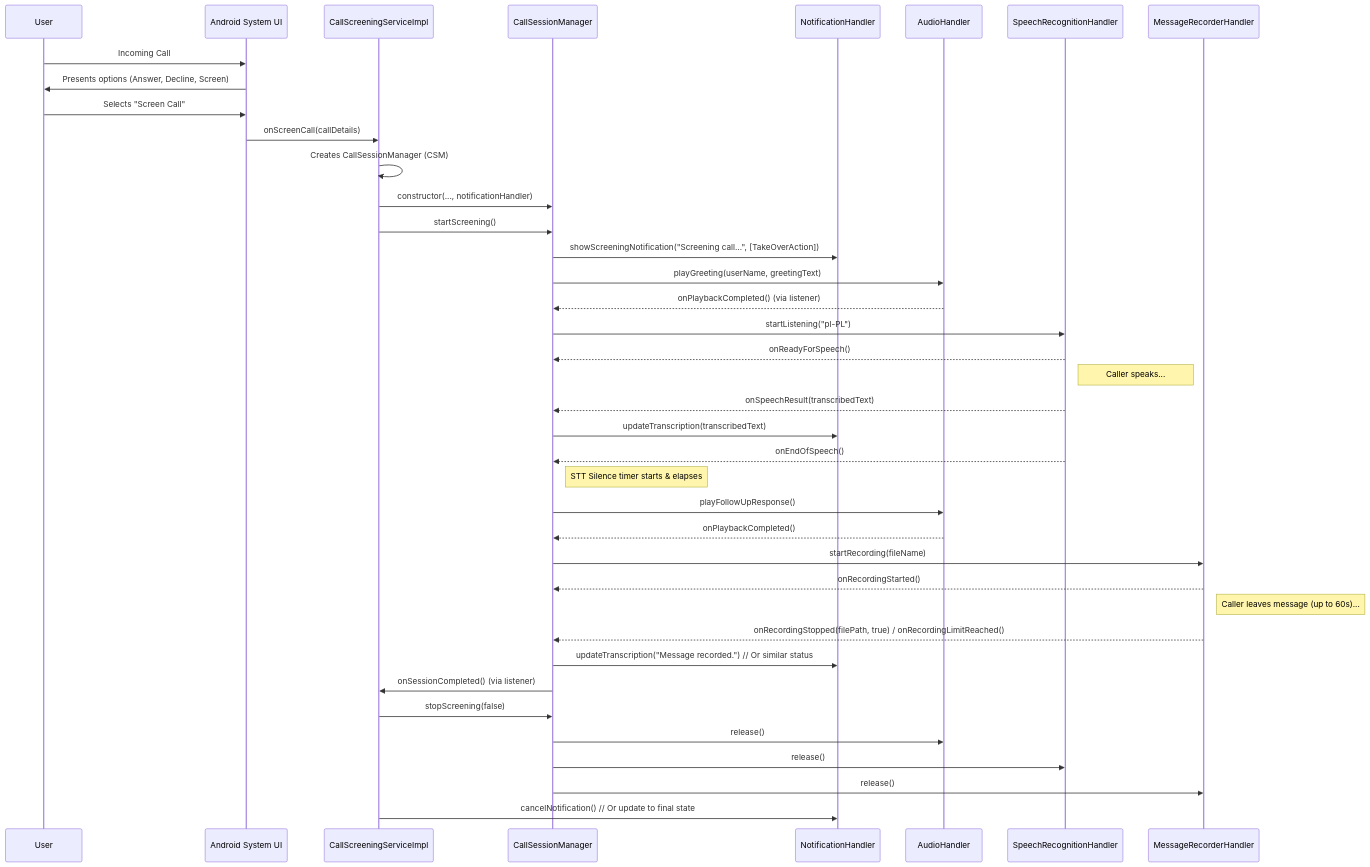
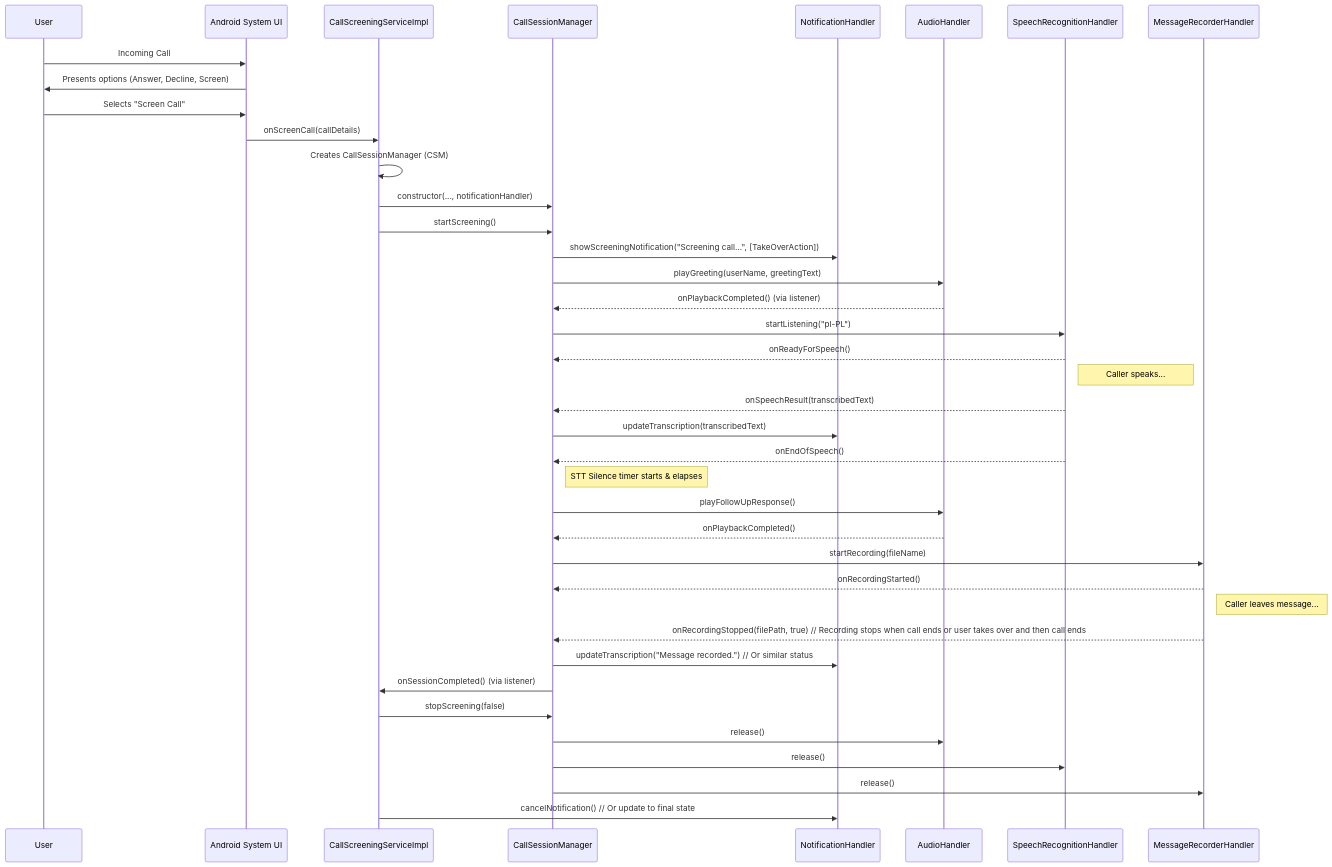
Before and after one commit to daromaj/vac: the first of 2 diagrams in design.md, drawn with Mermaid. The commit also changed other lines of this file and 2 other files, not shown here.

Commit message:
Update design.md to reflect changes in message recording duration and error handling. Adjust SetupActivity for Polish language pack checks. Enhance MessageRecorderHandler tests for user takeover scenarios and recording behavior. 🛠️

````diff
--- a/design.md
+++ b/design.md
@@ -415,42 +415,42 @@
 ```mermaid
 sequenceDiagram
     participant User
     participant SystemUI as Android System UI
     participant CSS as CallScreeningServiceImpl
     participant CSM as CallSessionManager
     participant NH as NotificationHandler
     participant AH as AudioHandler
     participant SRH as SpeechRecognitionHandler
     participant MRH as MessageRecorderHandler
 
     User->>SystemUI: Incoming Call
     SystemUI->>User: Presents options (Answer, Decline, Screen)
     User->>SystemUI: Selects "Screen Call"
     SystemUI->>CSS: onScreenCall(callDetails)
     CSS->>CSS: Creates CallSessionManager (CSM)
     CSS->>CSM: constructor(..., notificationHandler)
     CSS->>CSM: startScreening()
     CSM->>NH: showScreeningNotification("Screening call...", [TakeOverAction])
     CSM->>AH: playGreeting(userName, greetingText)
     AH-->>CSM: onPlaybackCompleted() (via listener)
     CSM->>SRH: startListening("pl-PL")
     SRH-->>CSM: onReadyForSpeech()
     Note right of SRH: Caller speaks...
     SRH-->>CSM: onSpeechResult(transcribedText)
     CSM->>NH: updateTranscription(transcribedText)
     SRH-->>CSM: onEndOfSpeech()
     Note right of CSM: STT Silence timer starts & elapses
     CSM->>AH: playFollowUpResponse()
     AH-->>CSM: onPlaybackCompleted()
     CSM->>MRH: startRecording(fileName)
     MRH-->>CSM: onRecordingStarted()
-    Note right of MRH: Caller leaves message (up to 60s)...
-    MRH-->>CSM: onRecordingStopped(filePath, true) / onRecordingLimitReached()
+    Note right of MRH: Caller leaves message...
+    MRH-->>CSM: onRecordingStopped(filePath, true) // Recording stops when call ends or user takes over and then call ends
     CSM->>NH: updateTranscription("Message recorded.") // Or similar status
     CSM->>CSS: onSessionCompleted() (via listener)
     CSS->>CSM: stopScreening(false)
     CSM->>AH: release()
     CSM->>SRH: release()
     CSM->>MRH: release()
     CSS->>NH: cancelNotification() // Or update to final state
 ```
````
